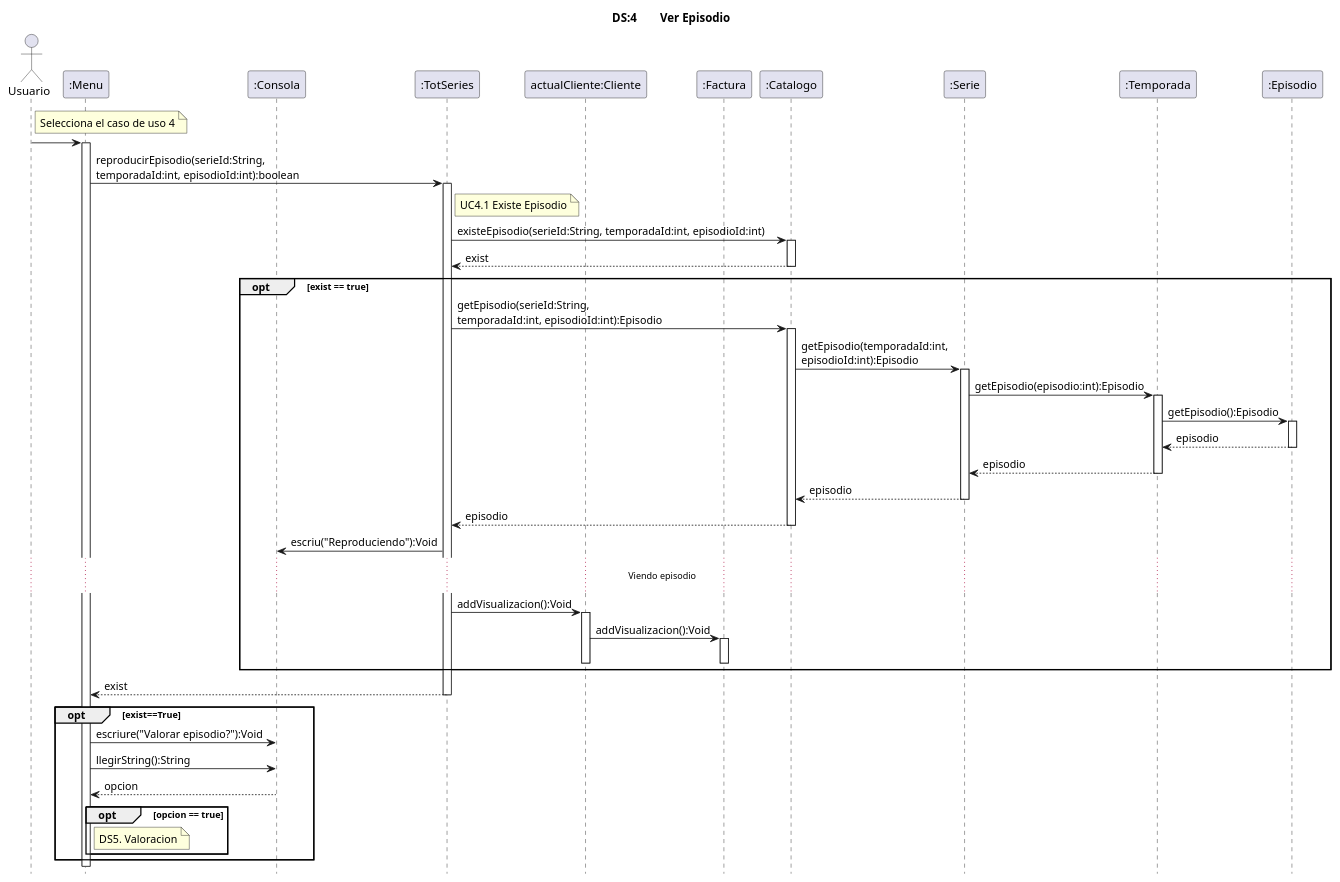
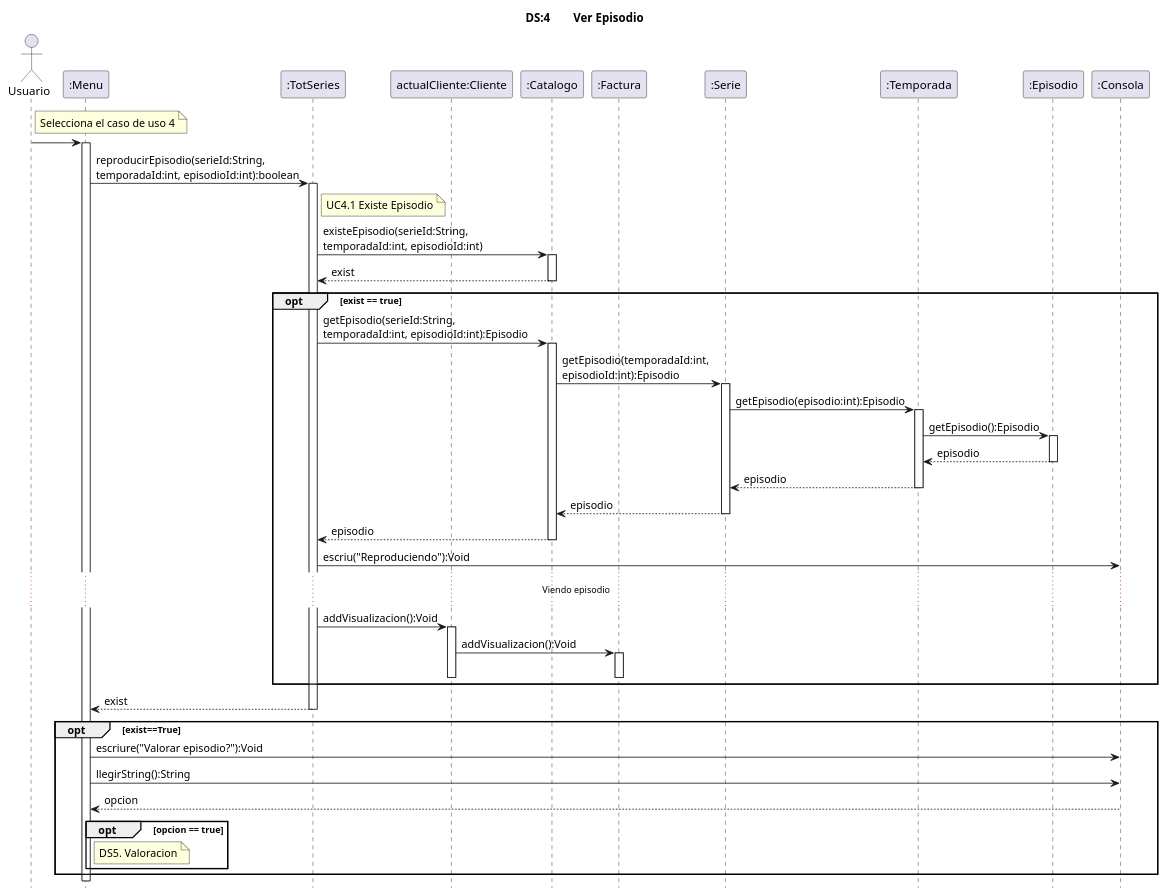
One commit to MrViciao/TotSeries changed the diagram in src/totseries/Uml/Secuencia/Diagrama de Secuencia Uc4.puml. Above: the diagram before and after it, drawn with PlantUML. The commit also changed 7 other files, not shown here.

```diff
--- a/src/totseries/Uml/Secuencia/Diagrama de Secuencia Uc4.puml
+++ b/src/totseries/Uml/Secuencia/Diagrama de Secuencia Uc4.puml
@@ -2,75 +2,77 @@
 @startuml
 title	DS:4	Ver Episodio
 hide	footbox
 
 actor	Usuario
 participant ":Menu" as Menu
-participant ":Consola" as Consola
+
 participant ":TotSeries" as TotSeries
 participant "actualCliente:Cliente" as cliente
+
+participant ":Catalogo" as Catalogo
 participant ":Factura" as factura
-participant ":Catalogo" as Catalogo
 participant ":Serie" as Serie
 participant ":Temporada" as Temporada
 participant ":Episodio" as Episodio
+participant ":Consola" as Consola
 
 
 
 note right Usuario
             Selecciona el caso de uso 4
         end note
 Usuario -> Menu
 activate Menu
 Menu -> TotSeries:reproducirEpisodio(serieId:String, \ntemporadaId:int, episodioId:int):boolean
 activate TotSeries
 
 note right TotSeries
             UC4.1 Existe Episodio
         end note
 
-TotSeries -> Catalogo: existeEpisodio(serieId:String, temporadaId:int, episodioId:int)
+TotSeries -> Catalogo: existeEpisodio(serieId:String, \ntemporadaId:int, episodioId:int)
 activate Catalogo
 Catalogo --> TotSeries:exist
 deactivate Catalogo
 '
 opt exist == true
     TotSeries -> Catalogo:getEpisodio(serieId:String, \ntemporadaId:int, episodioId:int):Episodio
     activate Catalogo
     Catalogo -> Serie:getEpisodio(temporadaId:int, \nepisodioId:int):Episodio
     activate Serie
     Serie -> Temporada:getEpisodio(episodio:int):Episodio
     activate Temporada
     Temporada->Episodio:getEpisodio():Episodio
     activate Episodio
     Episodio-->Temporada:episodio
     deactivate Episodio
     Temporada-->Serie:episodio
     deactivate Temporada
     Serie --> Catalogo:episodio
     deactivate Serie
     Catalogo --> TotSeries:episodio
     deactivate Catalogo
     TotSeries -> Consola : escriu("Reproduciendo"):Void
     ... Viendo episodio ...
     TotSeries->cliente:addVisualizacion():Void
     activate cliente
     cliente->factura:addVisualizacion():Void
     activate factura
     deactivate factura
     deactivate cliente
 end opt
     TotSeries --> Menu : exist
     deactivate TotSeries
     opt exist==True
         Menu->Consola:escriure("Valorar episodio?"):Void
         Menu -> Consola:llegirString():String
         Consola --> Menu:opcion
 
         opt opcion == true
             note right Menu
             DS5. Valoracion
             end note
          end opt
      end opt
 deactivate TotSeries
 @enduml
```
